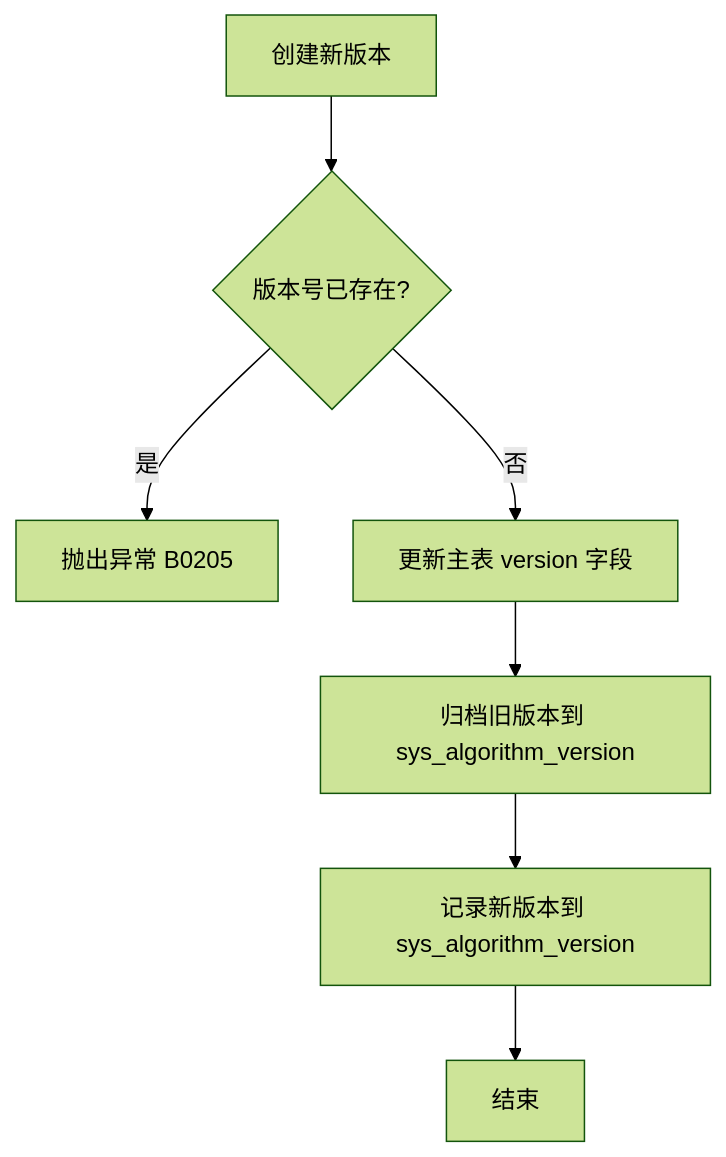
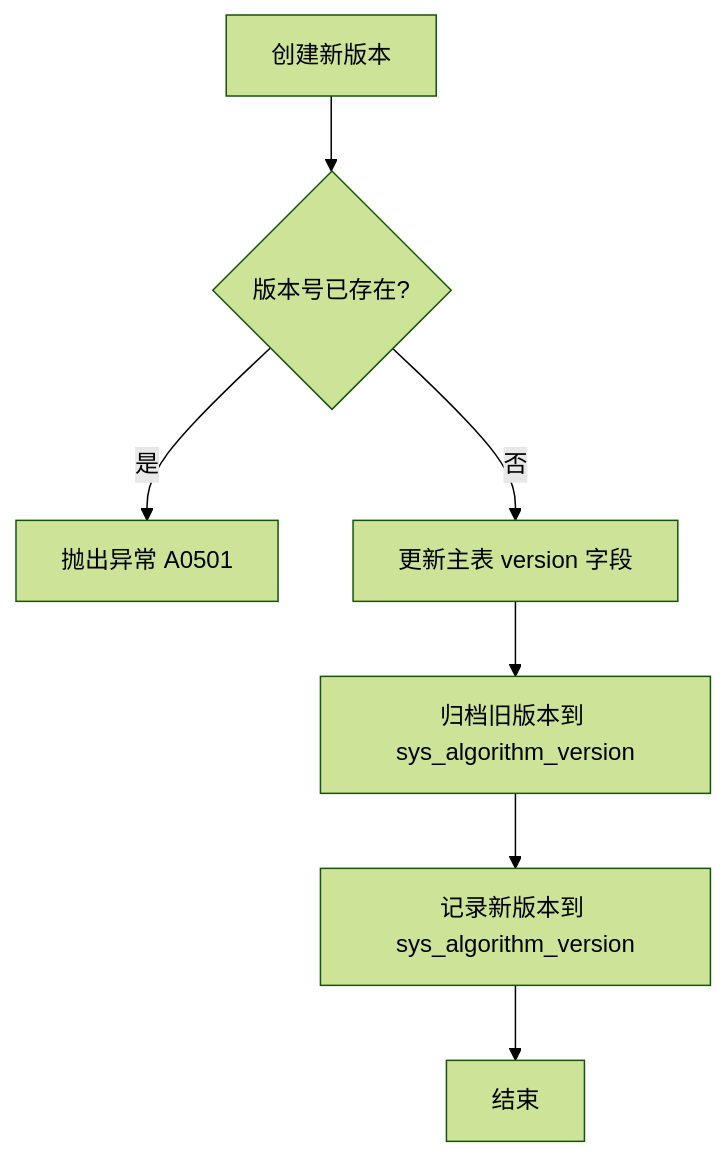
The third of 4 diagrams in dehaze-doc/docs/03-模块设计/核心模块/算法管理/后端实现.md (earthy-zinc/dehaze-system), drawn with Mermaid (forest theme) before and after one commit. The commit also changed other lines of this file and 61 other files, not shown here.

````diff
--- a/dehaze-doc/docs/03-模块设计/核心模块/算法管理/后端实现.md
+++ b/dehaze-doc/docs/03-模块设计/核心模块/算法管理/后端实现.md
@@ -202,9 +203,9 @@
 ```mermaid
 graph TD
     A[创建新版本] --> B{版本号已存在?}
-    B -->|是| C[抛出异常 B0205]
+    B -->|是| C[抛出异常 A0501]
     B -->|否| D[更新主表 version 字段]
     D --> E[归档旧版本到 sys_algorithm_version]
     E --> F[记录新版本到 sys_algorithm_version]
     F --> G[结束]
 ```
````
